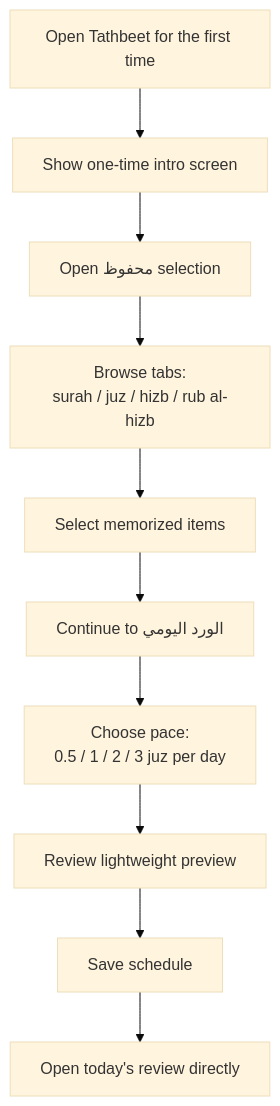
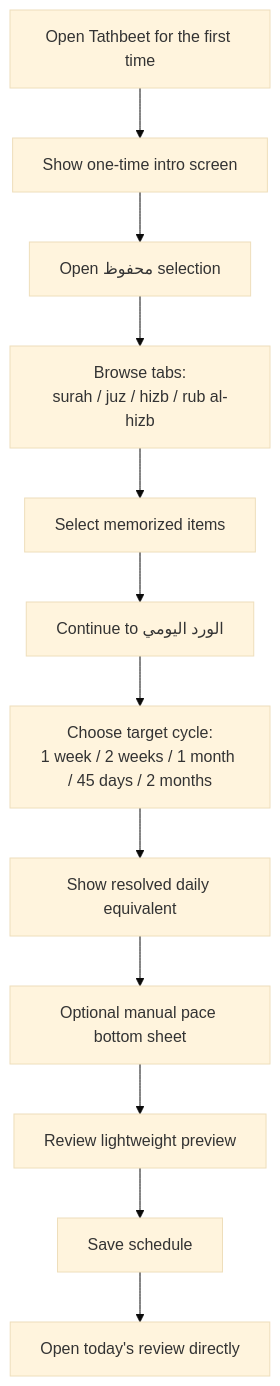
Before and after one commit to mahdihijazi/tathbeet: the first of 6 diagrams in docs/mvp-user-flow.md, drawn with Mermaid (base theme). The commit also changed other lines of this file and 7 other files, not shown here.

First line of the commit message:
Redesign pace setup around cycle targets

````diff
--- a/docs/mvp-user-flow.md
+++ b/docs/mvp-user-flow.md
@@ -7,12 +7,14 @@
 ```mermaid
 flowchart TD
     A["Open Tathbeet for the first time"] --> B["Show one-time intro screen"]
     B --> C["Open محفوظ selection"]
     C --> D["Browse tabs:<br/>surah / juz / hizb / rub al-hizb"]
     D --> E["Select memorized items"]
     E --> F["Continue to الورد اليومي"]
-    F --> G["Choose pace:<br/>0.5 / 1 / 2 / 3 juz per day"]
-    G --> H["Review lightweight preview"]
-    H --> I["Save schedule"]
-    I --> J["Open today's review directly"]
+    F --> G["Choose target cycle:<br/>1 week / 2 weeks / 1 month / 45 days / 2 months"]
+    G --> H["Show resolved daily equivalent"]
+    H --> I["Optional manual pace bottom sheet"]
+    I --> J["Review lightweight preview"]
+    J --> K["Save schedule"]
+    K --> L["Open today's review directly"]
 ```
````
